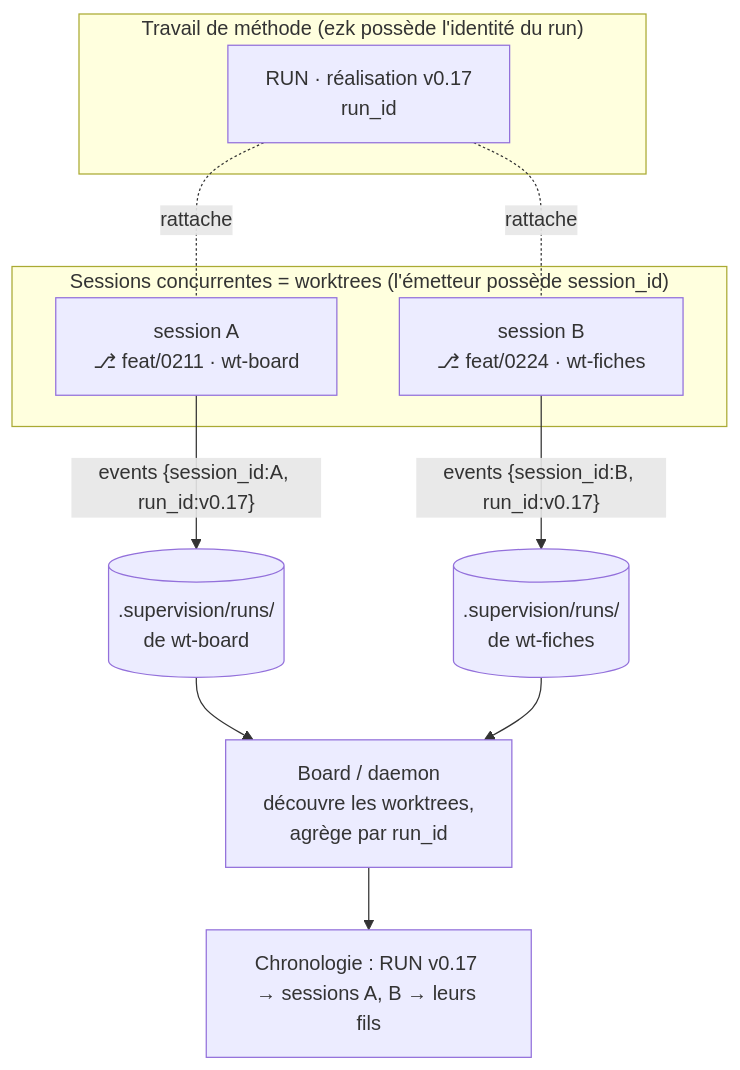
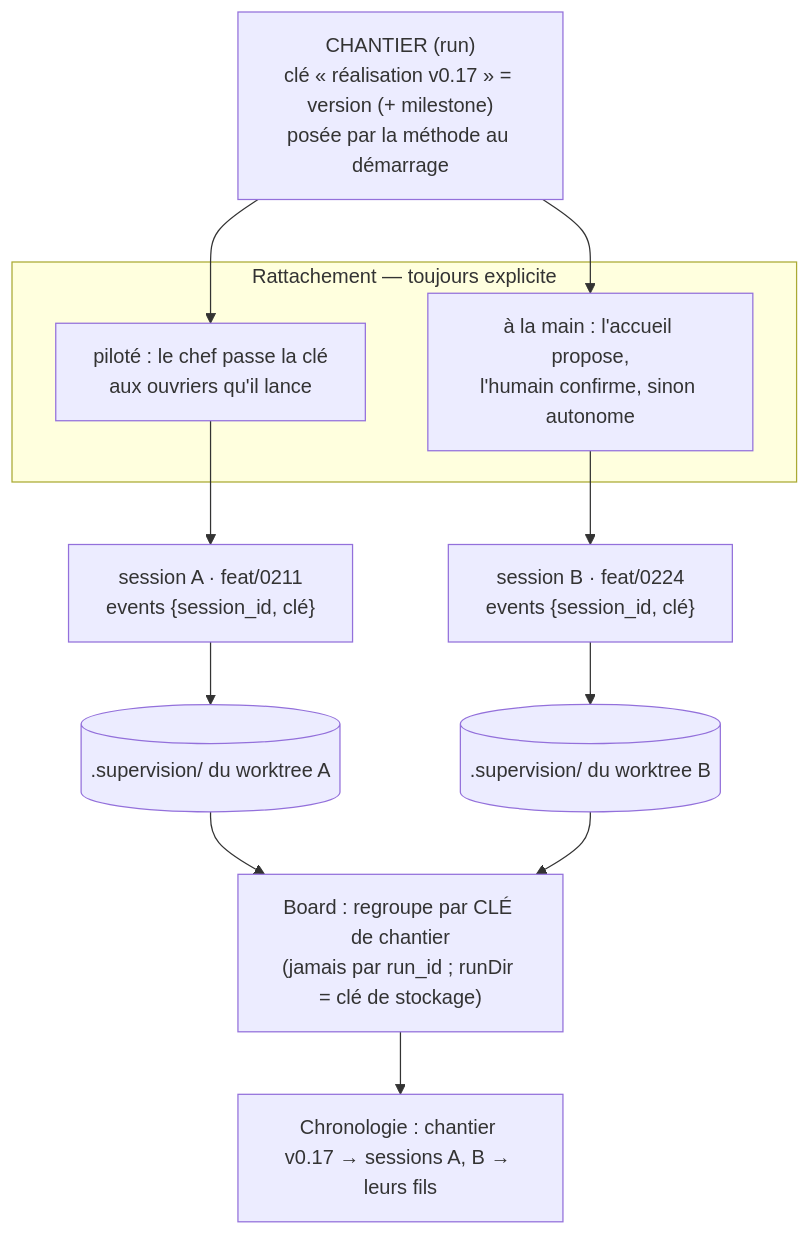
Before and after one commit to elzinko/vectorz: the diagram in docs/adr/ADR-075-run-et-session-deux-entites-multi-llm.md, drawn with Mermaid. The commit also changed other lines of this file and 1 other file, not shown here.

First line of the commit message:
docs(adr): ADR-075 Accepté — corrections du panel + rattachement explicite

````diff
--- a/docs/adr/ADR-075-run-et-session-deux-entites-multi-llm.md
+++ b/docs/adr/ADR-075-run-et-session-deux-entites-multi-llm.md
@@ -148,17 +108,17 @@
 ```mermaid
 flowchart TB
-  subgraph METHODE["Travail de méthode (ezk possède l'identité du run)"]
-    RUN["RUN · réalisation v0.17<br/>run_id"]
+  K["CHANTIER (run)<br/>clé « réalisation v0.17 » = version (+ milestone)<br/>posée par la méthode au démarrage"]
+  subgraph RATT["Rattachement — toujours explicite"]
+    P1["piloté : le chef passe la clé<br/>aux ouvriers qu'il lance"]
+    P2["à la main : l'accueil propose,<br/>l'humain confirme, sinon autonome"]
   end
-  subgraph SESS["Sessions concurrentes = worktrees (l'émetteur possède session_id)"]
-    S1["session A<br/>⎇ feat/0211 · wt-board"]
-    S2["session B<br/>⎇ feat/0224 · wt-fiches"]
-  end
-  RUN -. rattache .- S1
-  RUN -. rattache .- S2
-  S1 -->|"events {session_id:A, run_id:v0.17}"| J1[(".supervision/runs/<br/>de wt-board")]
-  S2 -->|"events {session_id:B, run_id:v0.17}"| J2[(".supervision/runs/<br/>de wt-fiches")]
-  J1 --> BOARD["Board / daemon<br/>découvre les worktrees,<br/>agrège par run_id"]
-  J2 --> BOARD
-  BOARD --> VIEW["Chronologie : RUN v0.17 → sessions A, B → leurs fils"]
+  K --> P1
+  K --> P2
+  P1 --> S1["session A · feat/0211<br/>events {session_id, clé}"]
+  P2 --> S2["session B · feat/0224<br/>events {session_id, clé}"]
+  S1 --> J1[(".supervision/ du worktree A")]
+  S2 --> J2[(".supervision/ du worktree B")]
+  J1 --> BO["Board : regroupe par CLÉ de chantier<br/>(jamais par run_id ; runDir = clé de stockage)"]
+  J2 --> BO
+  BO --> V["Chronologie : chantier v0.17 → sessions A, B → leurs fils"]
 ```
````
